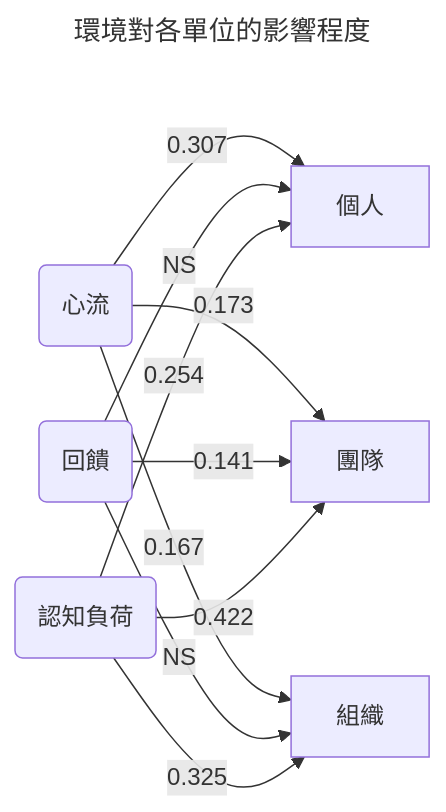
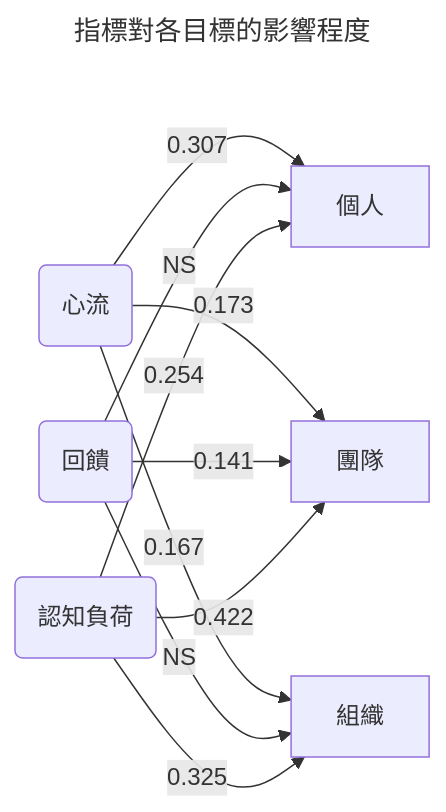
Before and after one commit to evan361425/evan361425.github.io: the second of 2 diagrams in src/essay/devex-in-action.md, drawn with Mermaid. The commit also changed other lines of this file and 1 other file, not shown here.

````diff
--- a/src/essay/devex-in-action.md
+++ b/src/essay/devex-in-action.md
@@ -127,21 +136,21 @@
 ```mermaid
 ---
-title: 環境對各單位的影響程度
+title: 指標對各目標的影響程度
 ---
 flowchart LR
     p[個人]
     t[團隊]
     o[組織]
     fs(心流)
     fl(回饋)
     cl(認知負荷)
     fs --0.307-->p
     fs --0.173-->t
     fs --0.167-->o
     fl --NS-->p
     fl --0.141-->t
     fl --NS-->o
     cl --0.254-->p
     cl --0.422-->t
     cl --0.325-->o
 ```
````
